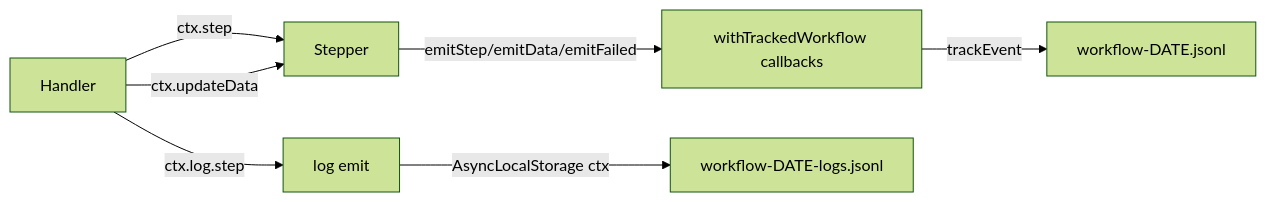
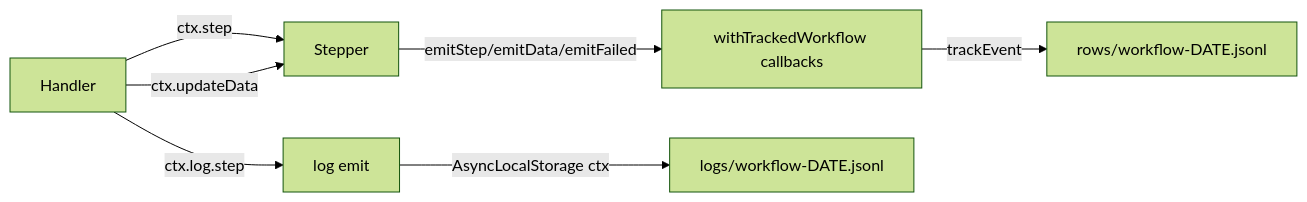
Before and after one commit to julianthant/hr-automation: diagram 12 of 16 in docs/engineering/architecture-deep-dive.md, drawn with Mermaid (forest theme). The commit also changed other lines of this file and 12 other files, not shown here.

````diff
--- a/docs/engineering/architecture-deep-dive.md
+++ b/docs/engineering/architecture-deep-dive.md
@@ -695,9 +698,9 @@
 ```mermaid
 flowchart LR
     H[Handler] -->|ctx.step| STP[Stepper]
     H -->|ctx.updateData| STP
     H -->|ctx.log.step| LOG[log emit]
     STP -->|emitStep/emitData/emitFailed| WTW[withTrackedWorkflow callbacks]
-    WTW -->|trackEvent| JSONL[workflow-DATE.jsonl]
-    LOG -->|AsyncLocalStorage ctx| LOGJSONL[workflow-DATE-logs.jsonl]
+    WTW -->|trackEvent| JSONL[rows/workflow-DATE.jsonl]
+    LOG -->|AsyncLocalStorage ctx| LOGJSONL[logs/workflow-DATE.jsonl]
 ```
````
